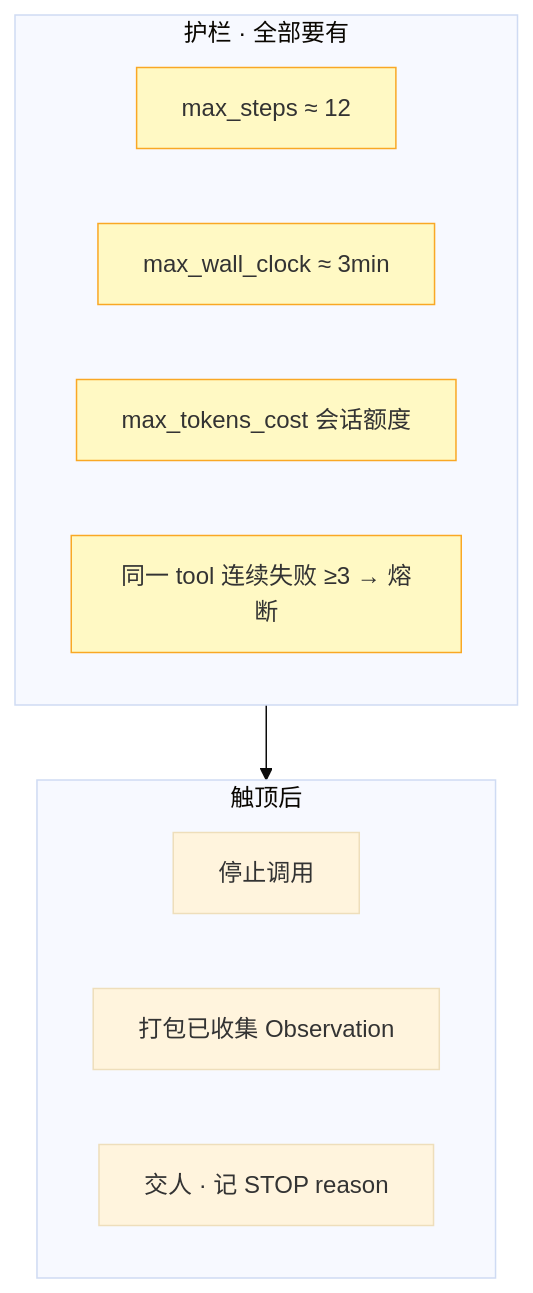
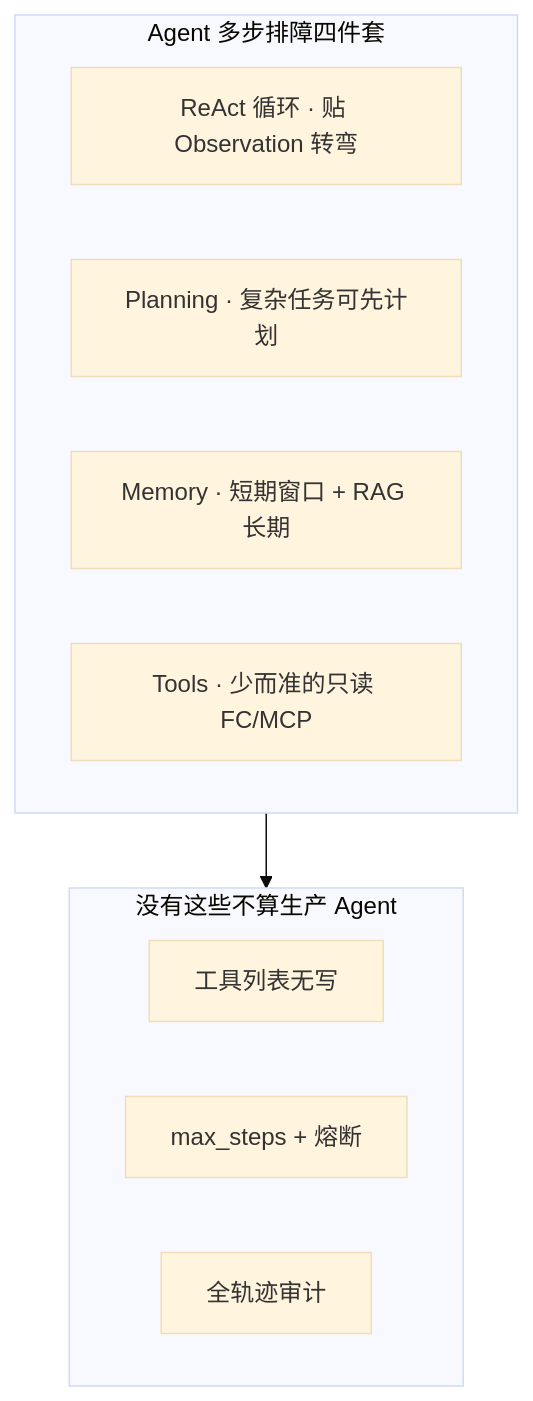
Before and after one commit to ml-cuizijun/LearnToLilith: the sixth of 9 diagrams in 08-AI与智能运维/06-Agent智能体/知识点.md, drawn with Mermaid (base theme). The commit also changed other lines of this file and 470 other files, not shown here.

````diff
--- a/08-AI与智能运维/06-Agent智能体/知识点.md
+++ b/08-AI与智能运维/06-Agent智能体/知识点.md
@@ -155,22 +230,15 @@
 ```mermaid
 flowchart TB
-    classDef guard fill:#fff9c4,stroke:#f9a825
-    classDef bad fill:#ffcdd2,stroke:#c62828
-
-    subgraph limits ["护栏 · 全部要有"]
-        S["max_steps ≈ 12"]
-        W["max_wall_clock ≈ 3min"]
-        C["max_tokens_cost 会话额度"]
-        F["同一 tool 连续失败 ≥3 → 熔断"]
+    subgraph core ["Agent 多步排障四件套"]
+        R["ReAct 循环 · 贴 Observation 转弯"]
+        P["Planning · 复杂任务可先计划"]
+        M["Memory · 短期窗口 + RAG 长期"]
+        T["Tools · 少而准的只读 FC/MCP"]
     end
-
-    subgraph effects ["触顶后"]
-        E["停止调用"]
-        P["打包已收集 Observation"]
-        H["交人 · 记 STOP reason"]
+    subgraph guard ["没有这些不算生产 Agent"]
+        L["工具列表无写"]
+        S["max_steps + 熔断"]
+        A["全轨迹审计"]
     end
-
-    limits --> effects
-
-    class S,W,C,F guard
+    core --> guard
 ```
````
